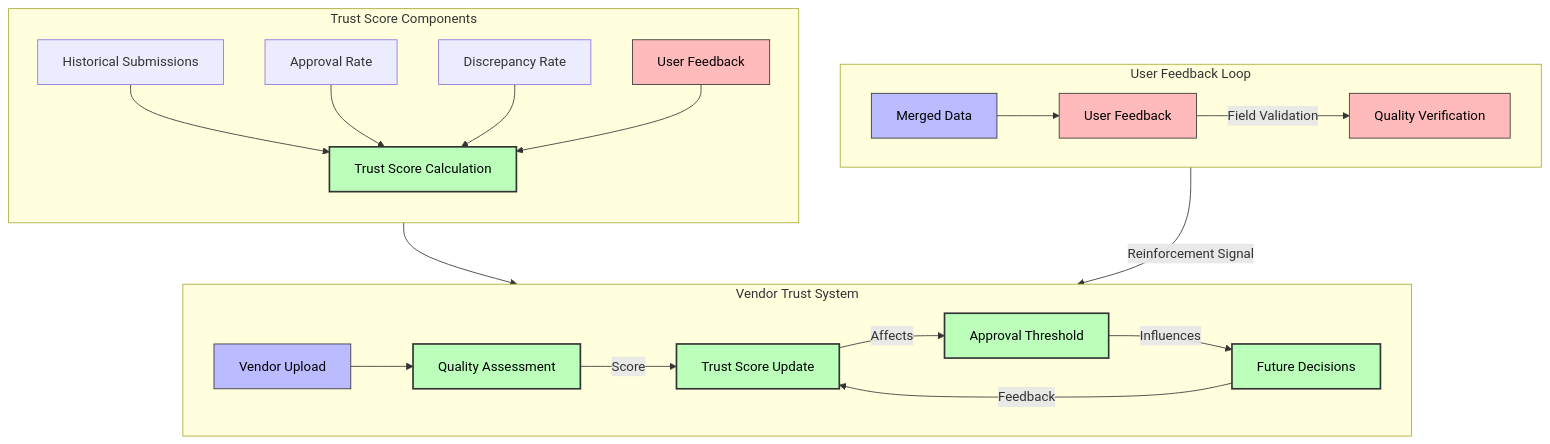
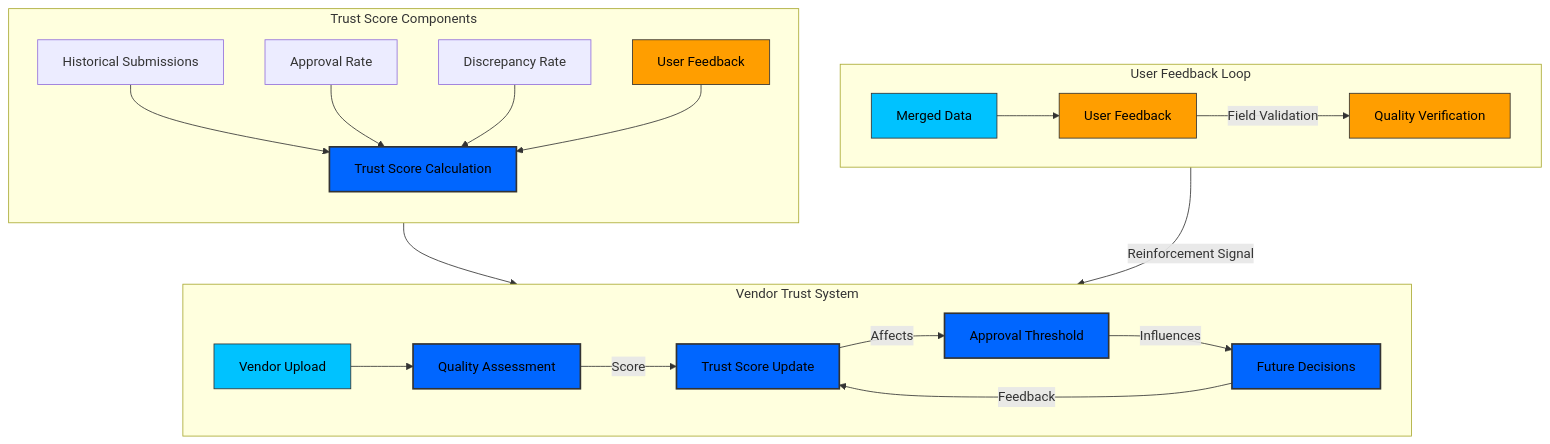
Before and after one commit to r04nx/here-hack: the third of 4 diagrams in README.md, drawn with Mermaid. The commit also changed other lines of this file, not shown here.

````diff
--- a/README.md
+++ b/README.md
@@ -251,35 +251,35 @@
 ```mermaid
 flowchart TD
     subgraph "Vendor Trust System"
         direction LR
         VU[Vendor Upload] --> QA[Quality Assessment]
         QA --> |Score| TS[Trust Score Update]
         TS --> |Affects| AT[Approval Threshold]
         AT --> |Influences| FD[Future Decisions]
         FD --> |Feedback| TS
     end
     
     subgraph "User Feedback Loop"
         direction LR
         MD[Merged Data] --> UF[User Feedback]
         UF --> |Field Validation| QV[Quality Verification]
         QV --> |Reinforcement Signal| TS
     end
     
     subgraph "Trust Score Components"
         direction TB
         HS[Historical Submissions] --> TSC
         AR[Approval Rate] --> TSC
         DR[Discrepancy Rate] --> TSC
         UFB[User Feedback] --> TSC
         TSC[Trust Score Calculation] --> TS
     end
     
-    classDef process fill:#bfb,stroke:#333,stroke-width:2px,color:#000
-    classDef data fill:#bbf,stroke:#333,stroke-width:1px,color:#000
-    classDef feedback fill:#fbb,stroke:#333,stroke-width:1px,color:#000
+    classDef process fill:#0066ff,stroke:#333,stroke-width:2px,color:#000
+    classDef data fill:#00c2ff,stroke:#333,stroke-width:1px,color:#000
+    classDef feedback fill:#ff9e00,stroke:#333,stroke-width:1px,color:#000
     
     class VU,MD data
     class QA,TS,AT,FD,TSC process
     class UF,QV,UFB feedback
 ```
````
